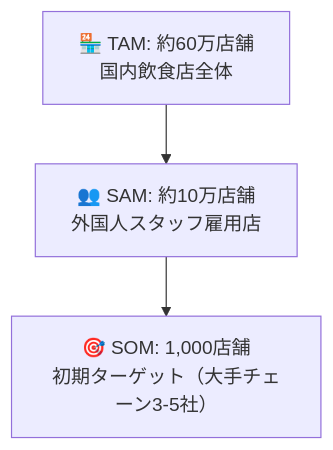
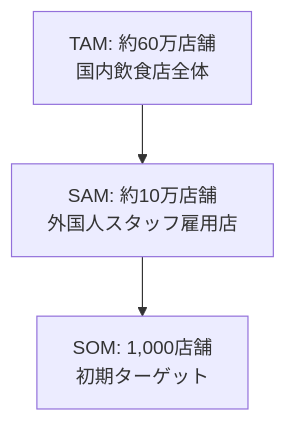
The diagram in mermaid/mermaid_tam.mmd (koshikawa-masato/Bridge-Restaurant-Training), drawn with Mermaid before and after one commit. The commit also changed 9 other files, not shown here.

Commit message:
docs: replace emoji with text labels in diagrams

```diff
--- a/mermaid/mermaid_tam.mmd
+++ b/mermaid/mermaid_tam.mmd
@@ -1,6 +1,6 @@
 flowchart TB
-    TAM["🏪 TAM: 約60万店舗<br/>国内飲食店全体"]
-    SAM["👥 SAM: 約10万店舗<br/>外国人スタッフ雇用店"]
-    SOM["🎯 SOM: 1,000店舗<br/>初期ターゲット（大手チェーン3-5社）"]
+    TAM["TAM: 約60万店舗<br/>国内飲食店全体"]
+    SAM["SAM: 約10万店舗<br/>外国人スタッフ雇用店"]
+    SOM["SOM: 1,000店舗<br/>初期ターゲット"]
 
     TAM --> SAM --> SOM
```
